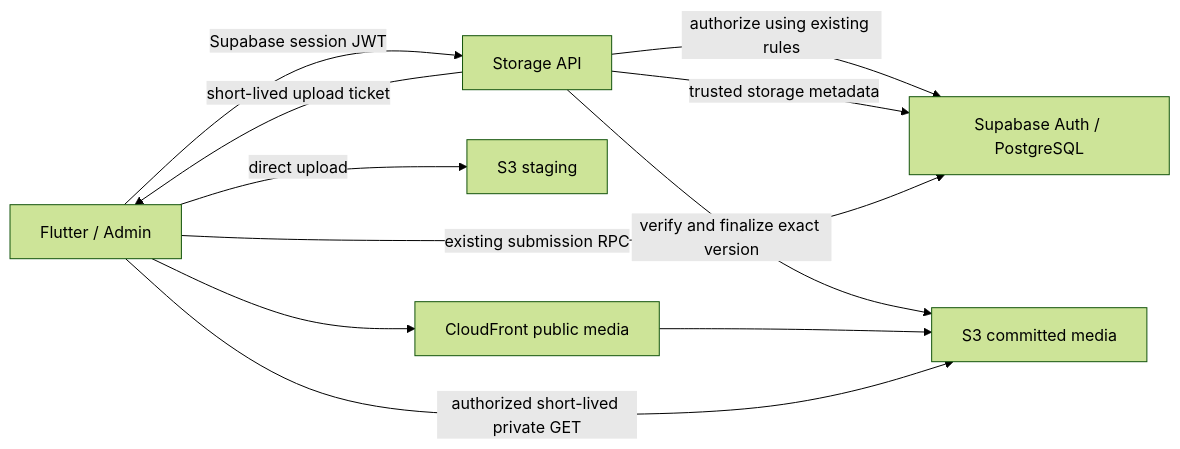
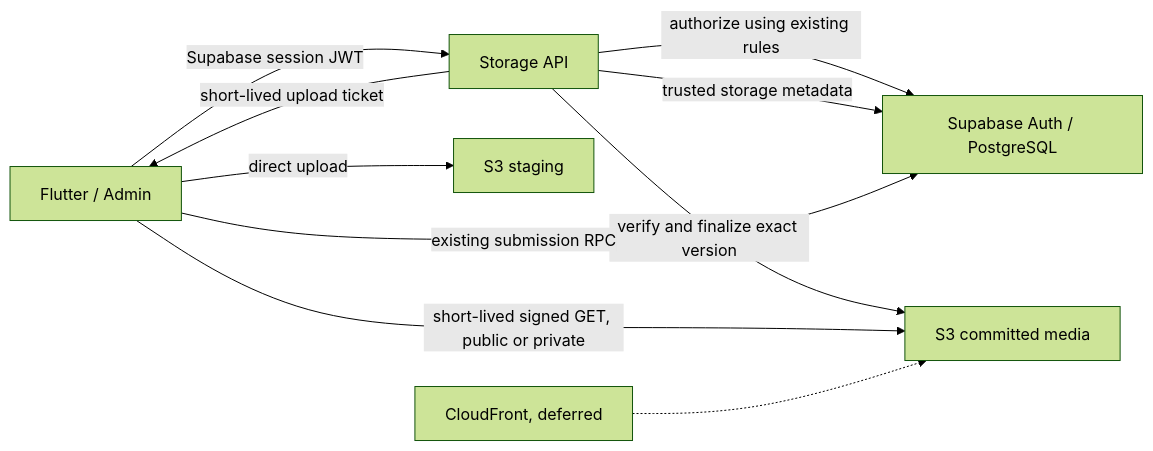
One commit to naib77/musafirr changed the diagram in docs/plans/aws-s3-storage-migration.md. Above: the diagram before and after it, drawn with Mermaid (forest theme). The commit also changed other lines of this file and 30 other files, not shown here.

````diff
--- a/docs/plans/aws-s3-storage-migration.md
+++ b/docs/plans/aws-s3-storage-migration.md
@@ -69,13 +73,12 @@
 ```mermaid
 flowchart LR
   C[Flutter / Admin] -->|Supabase session JWT| API[Storage API]
   API -->|authorize using existing rules| DB[Supabase Auth / PostgreSQL]
   API -->|short-lived upload ticket| C
   C -->|direct upload| Q[S3 staging]
   API -->|verify and finalize exact version| S[S3 committed media]
   API -->|trusted storage metadata| DB
   C -->|existing submission RPC| DB
-  CDN[CloudFront public media] --> S
-  C --> CDN
-  C -->|authorized short-lived private GET| S
+  C -->|short-lived signed GET, public or private| S
+  CDN[CloudFront, deferred] -.-> S
 ```
````
